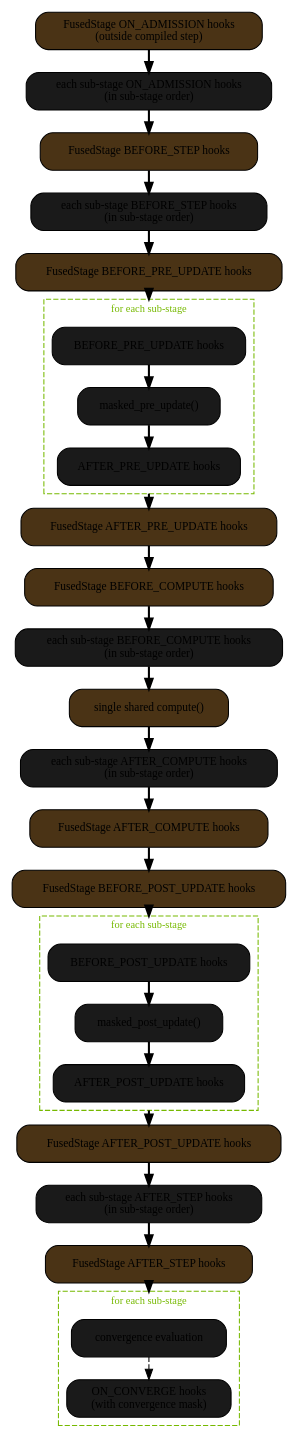
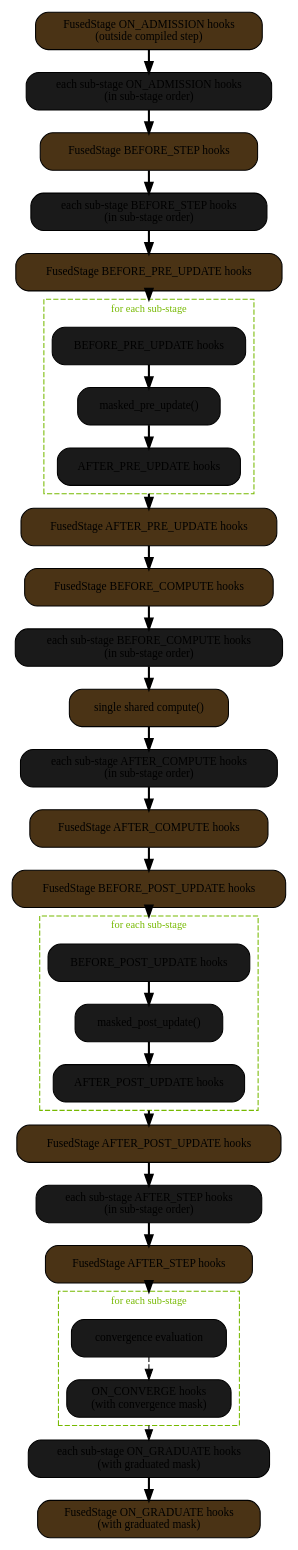
One commit to EricZQu/nvalchemi-toolkit changed the second of 2 diagrams in docs/modules/dynamics/hooks.rst. Above: the diagram before and after it, drawn with Graphviz. The commit also changed other lines of this file and 14 other files, not shown here.

First line of the commit message:
feat(dynamics): dispatch ON_GRADUATE when graphs graduate

```diff
--- a/docs/modules/dynamics/hooks.rst
+++ b/docs/modules/dynamics/hooks.rst
@@ -447,6 +460,9 @@
            conv_check -> ON_CONVERGE [style=dashed]
        }
 
+       sub_on_graduate [label="each sub-stage ON_GRADUATE hooks\n(with graduated mask)"]
+       fused_on_graduate [label="FusedStage ON_GRADUATE hooks\n(with graduated mask)" fillcolor="#4a3315"]
+
        fused_on_admission -> sub_on_admission
        sub_on_admission -> fused_before_step
        fused_before_step -> sub_before_step
@@ -464,4 +480,6 @@
        fused_after_post -> sub_after_step
        sub_after_step -> fused_after_step
        fused_after_step -> conv_check [lhead=cluster_converge]
+       ON_CONVERGE -> sub_on_graduate [ltail=cluster_converge style=dashed]
+       sub_on_graduate -> fused_on_graduate
    }
```
